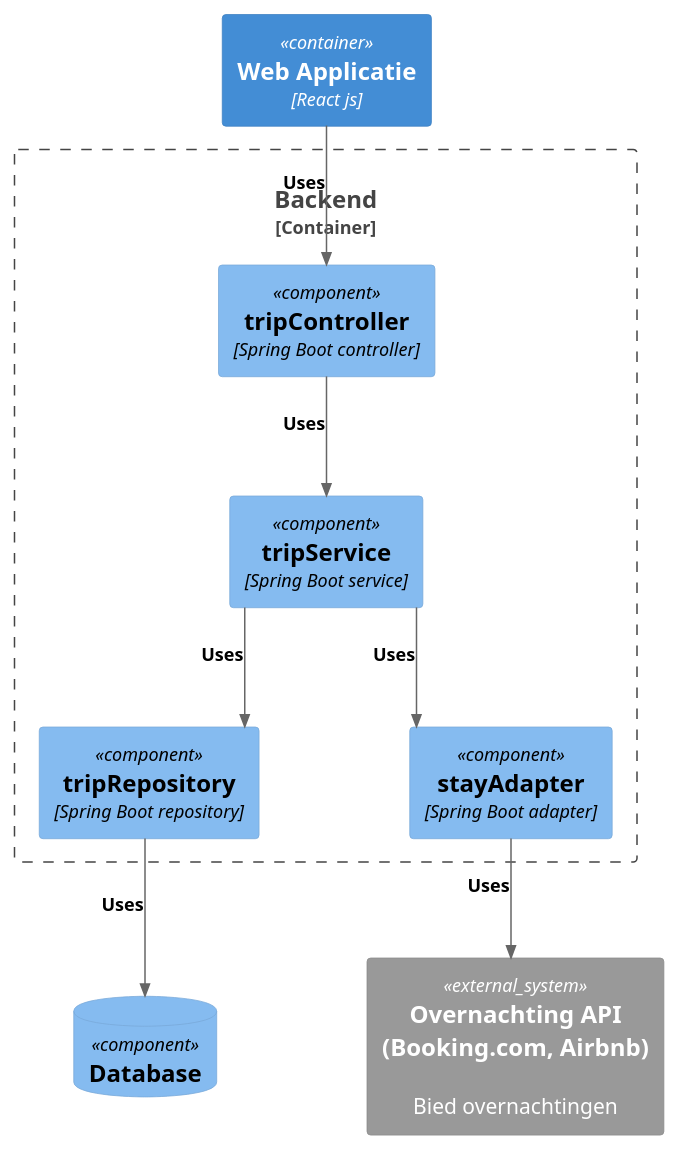
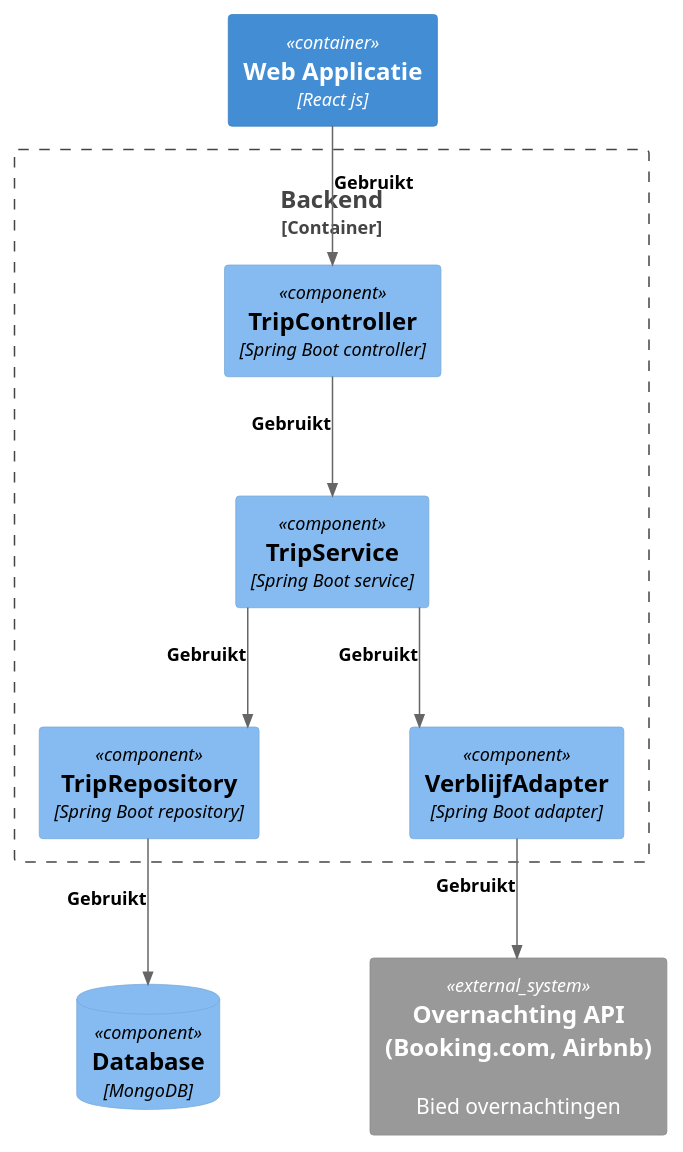
The diagram in eigen-bijdrage-siebe/DesignPattern/ComponentDiagram.puml (AIM-ENE-feb25/triptop-livingin-s-pain-nouri-siebe-boris), drawn with PlantUML before and after one commit. The commit also changed 6 other files, not shown here.

```diff
--- a/eigen-bijdrage-siebe/DesignPattern/ComponentDiagram.puml
+++ b/eigen-bijdrage-siebe/DesignPattern/ComponentDiagram.puml
@@ -1,37 +1,37 @@
 @startuml
 !include https://raw.githubusercontent.com/plantuml-stdlib/C4-PlantUML/master/C4_Component.puml
 
 skinparam ranksep 80
 skinparam nodesep 100
 skinparam ArrowColor #666666
 skinparam linetype ortho
 skinparam ArrowFontSize 12
 skinparam ArrowFontColor black
 skinparam ArrowFontStyle bold
 skinparam ArrowFontName Arial
 
 LAYOUT_TOP_DOWN()
 
 Container(frontend, "Web Applicatie", "React js")
 
 Container_Boundary(cb, "Backend") {
-    Component(tripcontroller, "tripController", "Spring Boot controller")
-    Component(tripservice, "tripService", "Spring Boot service")
-    Component(stayadapter, "stayAdapter", "Spring Boot adapter")
-    Component(triprepository, "tripRepository", "Spring Boot repository")
+    Component(tripcontroller, "TripController", "Spring Boot controller")
+    Component(tripservice, "TripService", "Spring Boot service")
+    Component(stayadapter, "VerblijfAdapter", "Spring Boot adapter")
+    Component(triprepository, "TripRepository", "Spring Boot repository")
 }
 
 together{
     System_Ext(stay, "Overnachting API (Booking.com, Airbnb)", "Bied overnachtingen")
-    ComponentDb(db, "Database")
+    ComponentDb(db, "Database", "MongoDB")
 }
 
-    Rel(frontend, tripcontroller, "Uses")
-    Rel(tripcontroller, tripservice, "Uses")
-    Rel(tripservice, stayadapter, "Uses")
-    Rel(stayadapter, stay, "Uses")
+    Rel(frontend, tripcontroller, "Gebruikt")
+    Rel(tripcontroller, tripservice, "Gebruikt")
+    Rel(tripservice, stayadapter, "Gebruikt")
+    Rel(stayadapter, stay, "Gebruikt")
 
-    Rel(tripservice, triprepository, "Uses")
-    Rel(triprepository, db, "Uses")
+    Rel(tripservice, triprepository, "Gebruikt")
+    Rel(triprepository, db, "Gebruikt")
 
 @enduml
```
